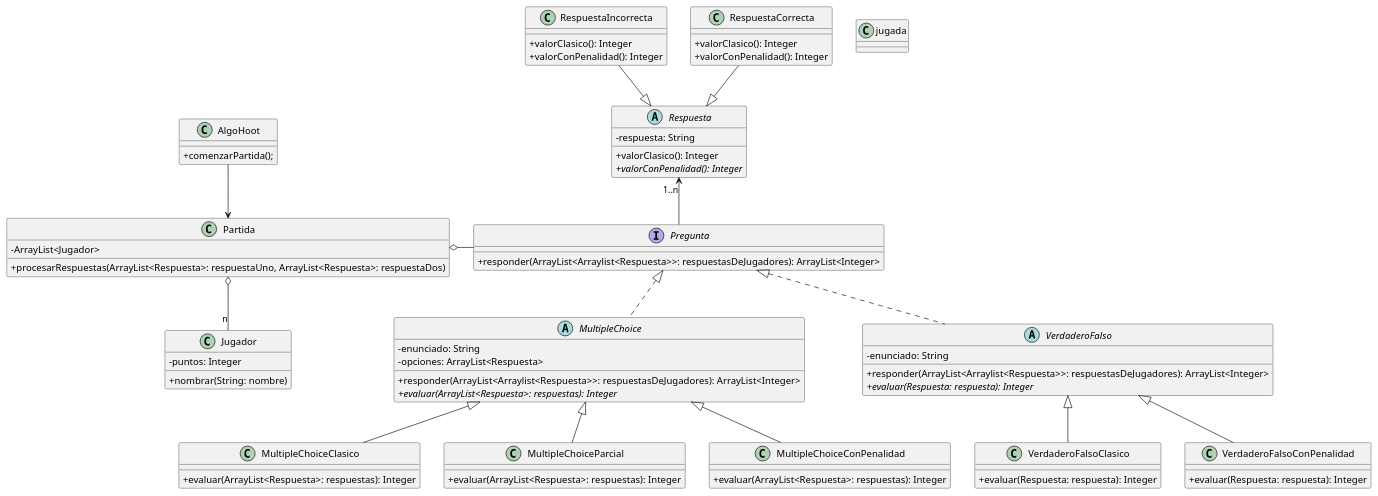
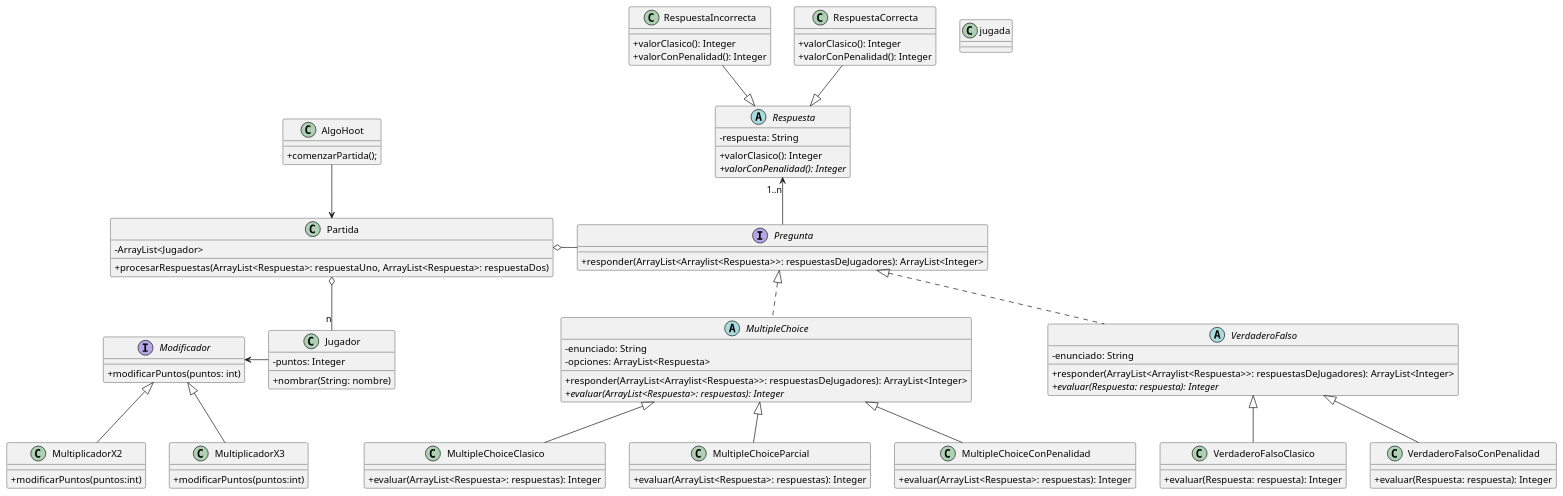
Before and after one commit to gimnasialp/algo3_proyecto_base_tp2: the diagram in diagrams/classes/entrega1/class-diagram.puml, drawn with PlantUML.

Commit message:
Subo nuevos cambios en DC

```diff
--- a/diagrams/classes/entrega1/class-diagram.puml
+++ b/diagrams/classes/entrega1/class-diagram.puml
@@ -1,97 +1,108 @@
 @startuml
 skinparam classAttributeIconSize 0
 
 class AlgoHoot{
     +comenzarPartida();
 }
 interface Pregunta {
     + responder(ArrayList<Arraylist<Respuesta>>: respuestasDeJugadores): ArrayList<Integer>
 }
 
 abstract class MultipleChoice {
     - enunciado: String
     - opciones: ArrayList<Respuesta>
     + responder(ArrayList<Arraylist<Respuesta>>: respuestasDeJugadores): ArrayList<Integer>
     + {abstract} evaluar(ArrayList<Respuesta>: respuestas): Integer
 }
 
 class MultipleChoiceClasico{
     + evaluar(ArrayList<Respuesta>: respuestas): Integer
 }
 
 class MultipleChoiceParcial{
     + evaluar(ArrayList<Respuesta>: respuestas): Integer
 }
 
 class MultipleChoiceConPenalidad{
     + evaluar(ArrayList<Respuesta>: respuestas): Integer
 }
 
 abstract class VerdaderoFalso {
     - enunciado: String
     + responder(ArrayList<Arraylist<Respuesta>>: respuestasDeJugadores): ArrayList<Integer>
     + {abstract} evaluar(Respuesta: respuesta): Integer
 }
 
 class VerdaderoFalsoClasico{
     + evaluar(Respuesta: respuesta): Integer
 }
 
 class VerdaderoFalsoConPenalidad{
     + evaluar(Respuesta: respuesta): Integer
 }
 
 abstract class Respuesta {
     - respuesta: String
     + valorClasico(): Integer
     + {abstract} valorConPenalidad(): Integer
 }
 
 class RespuestaCorrecta{
     + valorClasico(): Integer
     +  valorConPenalidad(): Integer
 }
 
 class RespuestaIncorrecta{
     + valorClasico(): Integer
     + valorConPenalidad(): Integer
 }
 
 class Partida{
     -ArrayList<Jugador>
 
     +procesarRespuestas(ArrayList<Respuesta>: respuestaUno, ArrayList<Respuesta>: respuestaDos)
 }
 
 
 class Jugador{
     - puntos: Integer
 
     + nombrar(String: nombre)
 
 }
 class jugada{
 
 }
-
+Interface Modificador{
+    +modificarPuntos(puntos: int)
+}
+class MultiplicadorX2{
+    +modificarPuntos(puntos:int)
+}
+class MultiplicadorX3{
+    +modificarPuntos(puntos:int)
+}
+Modificador <- Jugador
+Modificador <|-- MultiplicadorX2
+Modificador <|-- MultiplicadorX3
 MultipleChoice <|-down- MultipleChoiceClasico
 MultipleChoice <|-down- MultipleChoiceParcial
 MultipleChoice <|-- MultipleChoiceConPenalidad
 VerdaderoFalso <|-- VerdaderoFalsoClasico
 VerdaderoFalso <|-- VerdaderoFalsoConPenalidad
 
 Pregunta -up-> "1..n" Respuesta
 
 Jugador "n" -up-o Partida
 
 Pregunta -left-o Partida
 
 
 Pregunta <|.. MultipleChoice
 Pregunta <|.. VerdaderoFalso
 Respuesta <|-up- RespuestaCorrecta
 Respuesta <|-up- RespuestaIncorrecta
 
 Partida <-up- AlgoHoot
 
 @enduml
```
